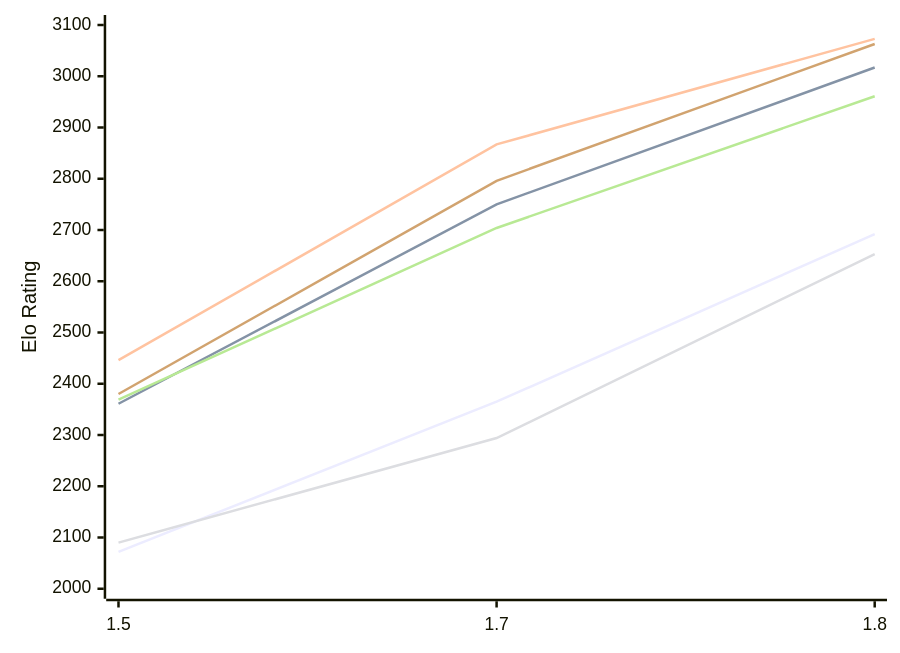
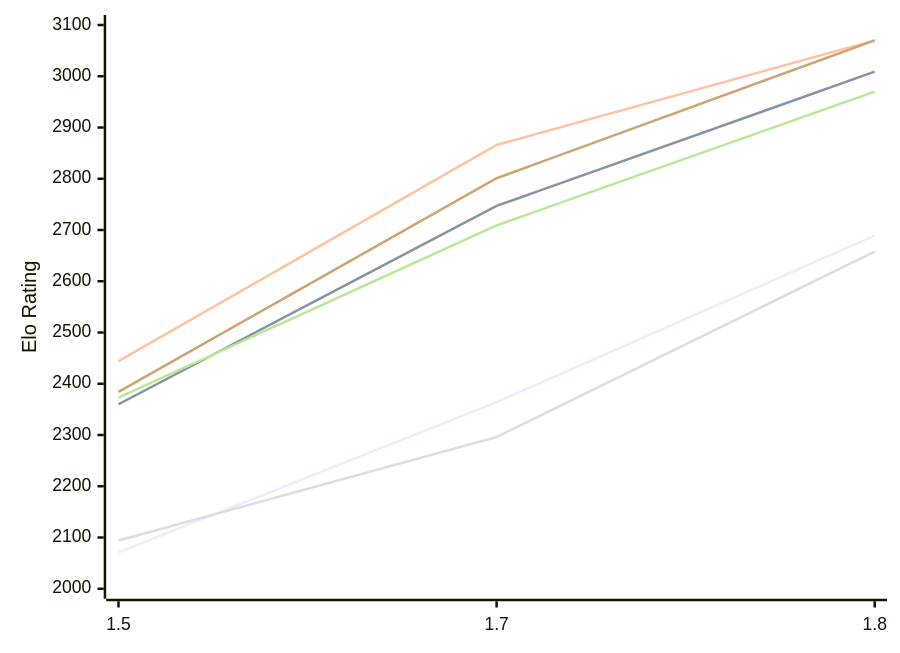
Before and after one commit to computer-chess-index/cci: the first of 2 diagrams in engines/Facon.md, drawn with Mermaid. The commit also changed other lines of this file, not shown here.

Commit message:
Update CCI Ratings (ELO VLTC) - 2026-11-23

````diff
--- a/engines/Facon.md
+++ b/engines/Facon.md
@@ -54,12 +54,12 @@
 ```mermaid
 %%{init: {"theme":"base","themeVariables":{"seriesColors:['#a3a3a3','#222221','#faa371']}}}%%
 xychart-beta
   x-axis ["1.5", "1.7", "1.8"]
   y-axis "Elo Rating" 2000 --> 3100
-  line "E1: STC (8.0+0.08s)" [2072, 2365, 2692]
-  line "E1: LTC (60.0+0.60s)" [2361, 2750, 3017]
-  line "E1: VLTC (2m24s+1.12s)" [2446, 2867, 3073]
-  line "P1: STC (8.0+0.08s)" [2090, 2294, 2653]
-  line "P1: LTC (60.0+0.60s)" [2369, 2704, 2961]
-  line "P1: VLTC (2m24s+1.12s)" [2380, 2796, 3063]
+  line "E1: STC (8.0+0.08s)" [2071, 2364, 2689]
+  line "E1: LTC (60.0+0.60s)" [2360, 2747, 3009]
+  line "E1: VLTC (2m24s+1.12s)" [2444, 2866, 3070]
+  line "P1: STC (8.0+0.08s)" [2094, 2296, 2658]
+  line "P1: LTC (60.0+0.60s)" [2373, 2709, 2970]
+  line "P1: VLTC (2m24s+1.12s)" [2384, 2801, 3070]
 ```
````
